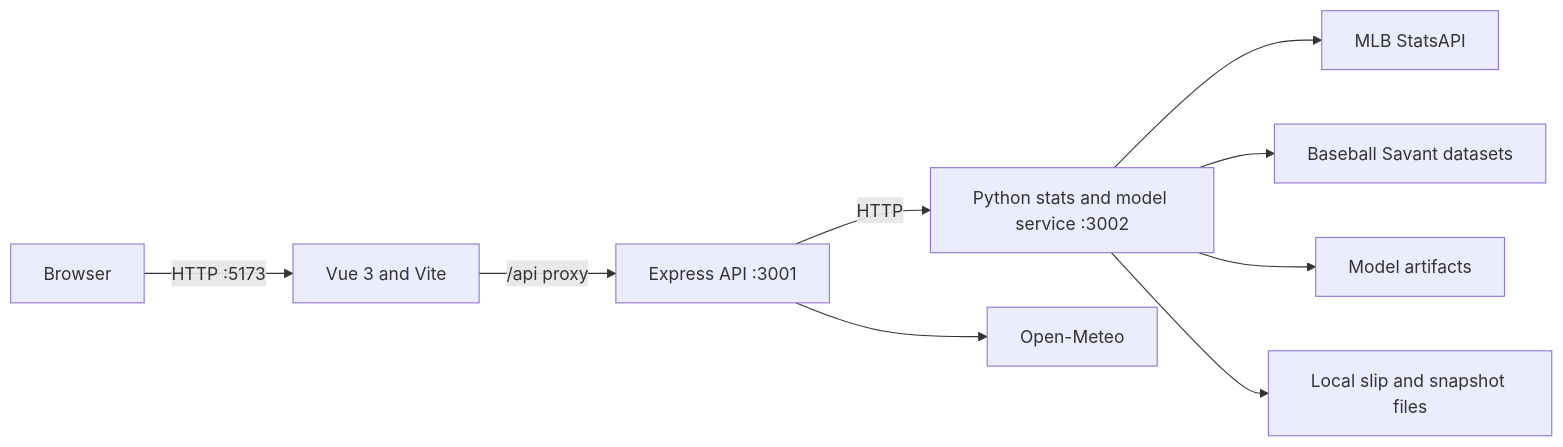
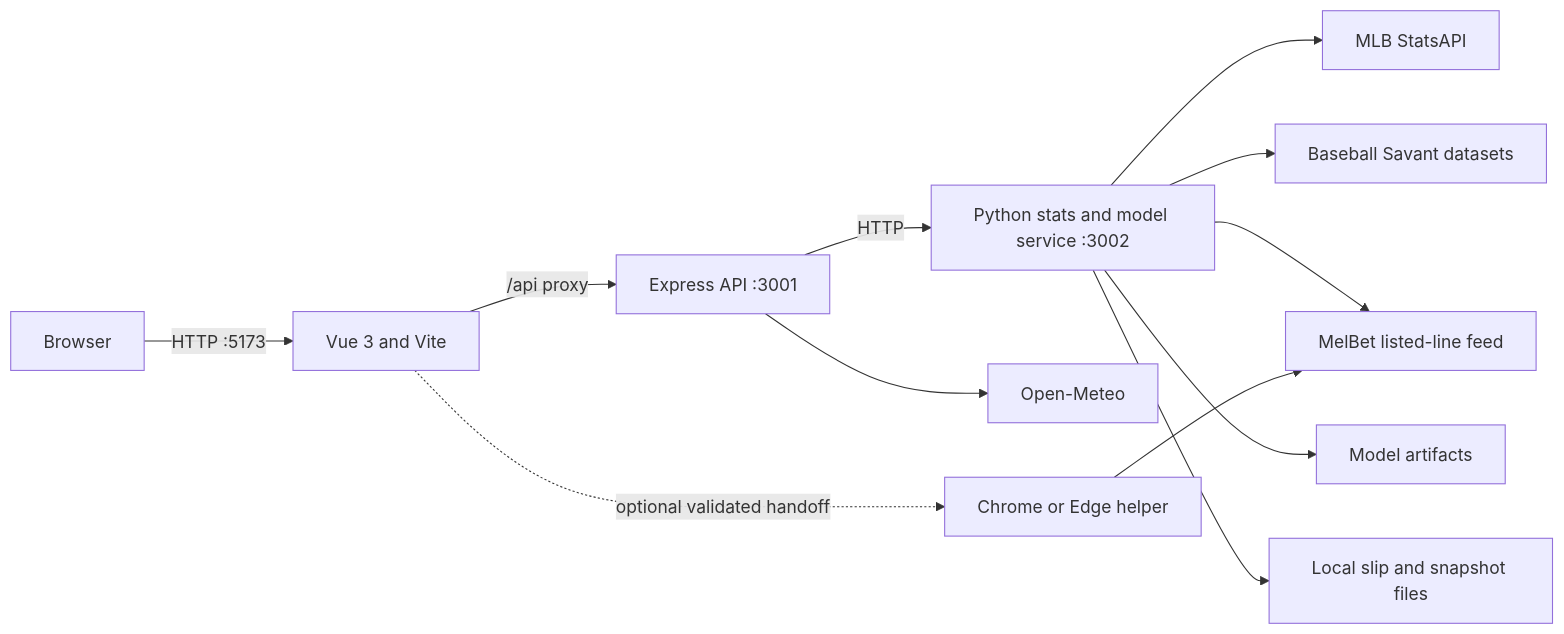
One commit to Hale17OT/NINTH changed the diagram in README.md. Above: the diagram before and after it, drawn with Mermaid. The commit also changed other lines of this file and 97 other files, not shown here.

Commit message:
update README for multi-model builders and MelBet helper

````diff
--- a/README.md
+++ b/README.md
@@ -55,11 +58,14 @@
 ```mermaid
 flowchart LR
     U[Browser] -->|HTTP :5173| V[Vue 3 and Vite]
     V -->|/api proxy| E[Express API :3001]
     E -->|HTTP| P[Python stats and model service :3002]
     E --> W[Open-Meteo]
     P --> M[MLB StatsAPI]
     P --> B[Baseball Savant datasets]
+    P --> L[MelBet listed-line feed]
     P --> A[Model artifacts]
     P --> S[Local slip and snapshot files]
+    V -. optional validated handoff .-> H[Chrome or Edge helper]
+    H --> L
 ```
````
